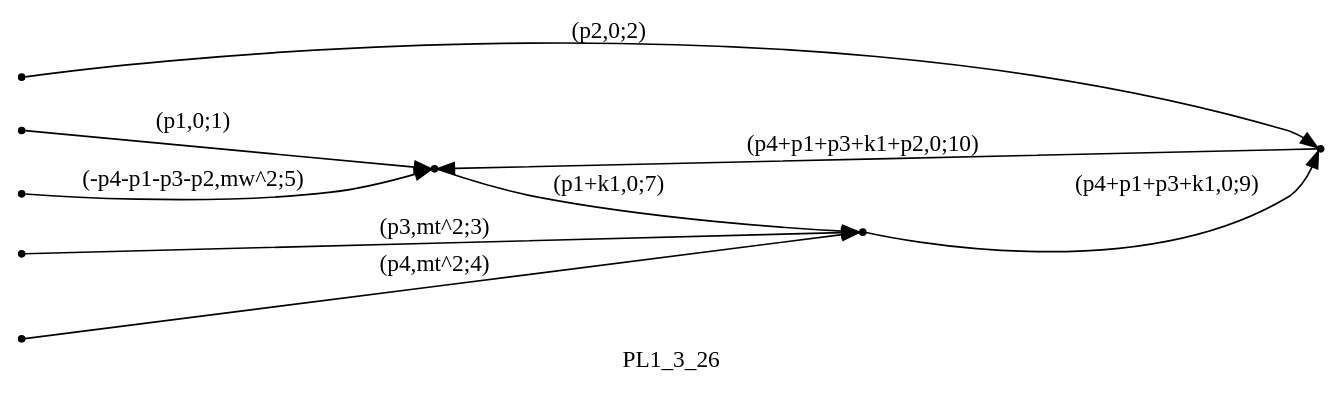
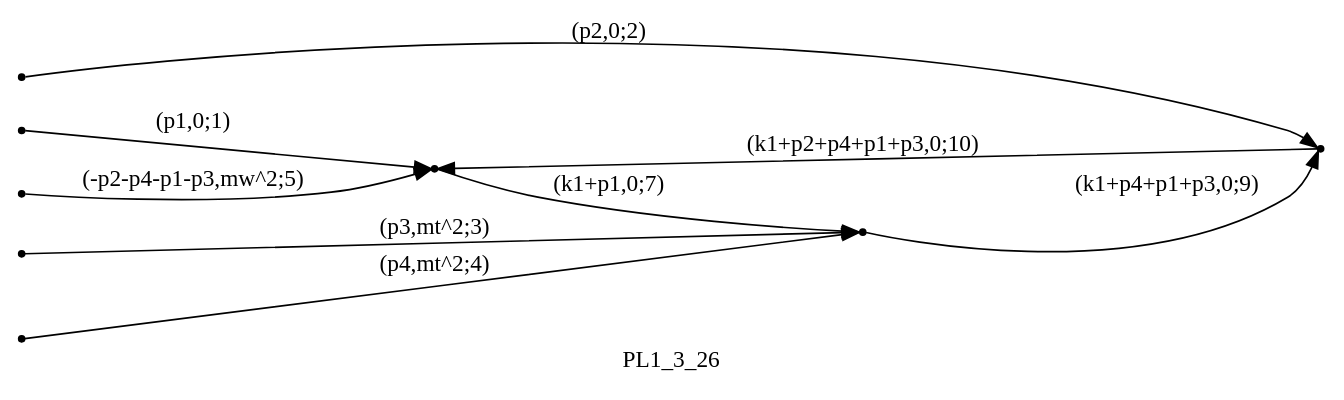
Before and after one commit to UsHnBaGp/Wtt: the diagram in 1loopAmplitude/Reduze/graphs/PL1/all/PL1_3_26.dot, drawn with Graphviz. The commit also changed 112 other files, not shown here.

```diff
--- a/1loopAmplitude/Reduze/graphs/PL1/all/PL1_3_26.dot
+++ b/1loopAmplitude/Reduze/graphs/PL1/all/PL1_3_26.dot
@@ -1,23 +1,23 @@
 digraph PL1_3_26 {
   label="PL1_3_26";
   rankdir="LR";
   subgraph edges {
     -1 -> 3 [label="(p1,0;1)"];
     -2 -> 2 [label="(p2,0;2)"];
     -3 -> 1 [label="(p3,mt^2;3)"];
     -4 -> 1 [label="(p4,mt^2;4)"];
-    -5 -> 3 [label="(-p4-p1-p3-p2,mw^2;5)"];
-    3 -> 1 [label="(p1+k1,0;7)"];
-    1 -> 2 [label="(p4+p1+p3+k1,0;9)"];
-    2 -> 3 [label="(p4+p1+p3+k1+p2,0;10)"];
+    -5 -> 3 [label="(-p2-p4-p1-p3,mw^2;5)"];
+    3 -> 1 [label="(k1+p1,0;7)"];
+    1 -> 2 [label="(k1+p4+p1+p3,0;9)"];
+    2 -> 3 [label="(k1+p2+p4+p1+p3,0;10)"];
   }
   subgraph incoming { rank="source"; -1; -2; -3; -4; -5; }
 -5 [shape=point];
 -4 [shape=point];
 -3 [shape=point];
 -2 [shape=point];
 -1 [shape=point];
 1 [shape=point];
 2 [shape=point];
 3 [shape=point];
 }
```
